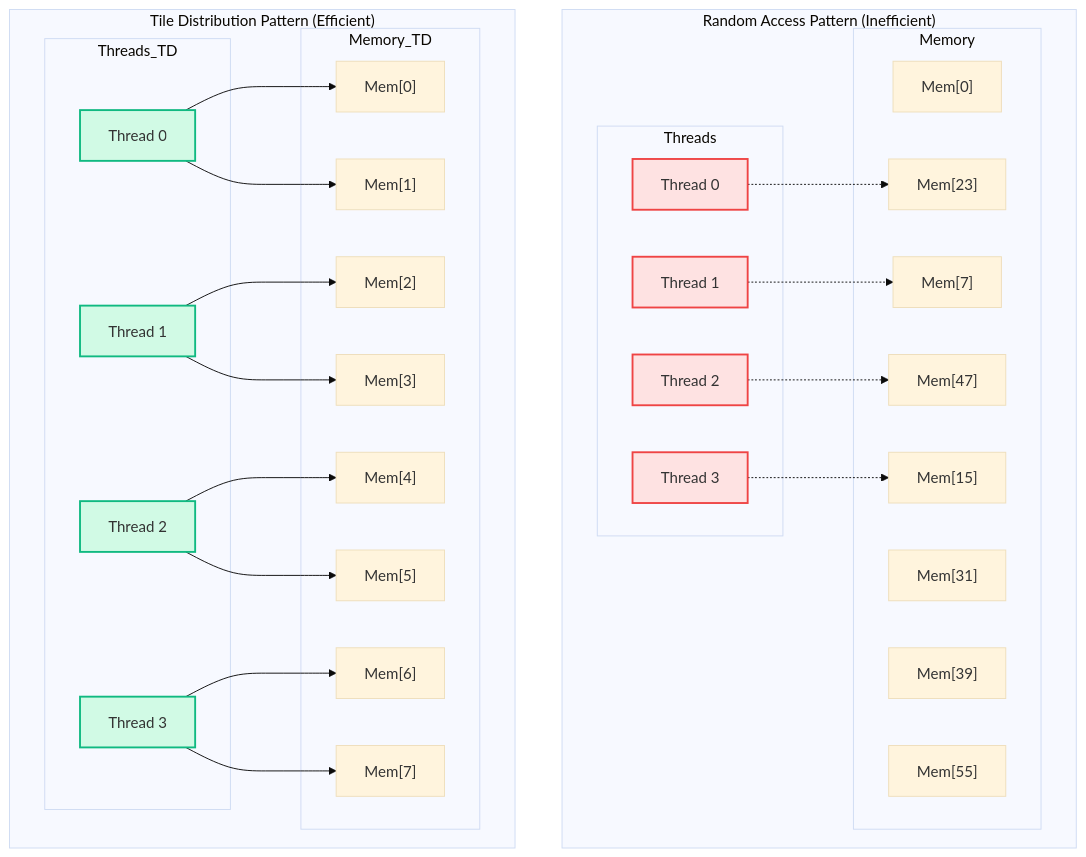
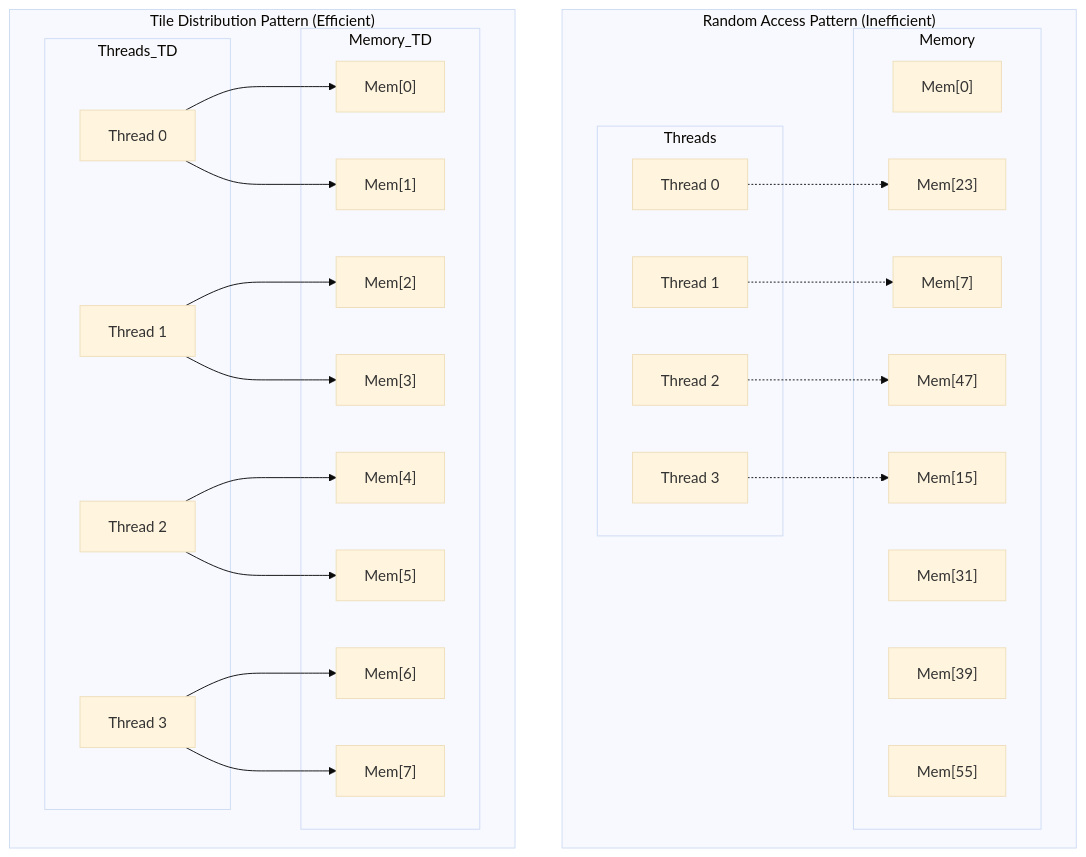
One commit to ROCm/composable_kernel changed the first of 2 diagrams in docs/conceptual/ck_tile/introduction_motivation.rst. Above: the diagram before and after it, drawn with Mermaid (base theme). The commit also changed other lines of this file and 21 other files, not shown here.

```diff
--- a/docs/conceptual/ck_tile/introduction_motivation.rst
+++ b/docs/conceptual/ck_tile/introduction_motivation.rst
@@ -23,66 +20,56 @@
-   .. mermaid::
-   
-      graph TB
-      subgraph "Random Access Pattern (Inefficient)"
-          subgraph "Threads"
-              T0_R["Thread 0"]
-              T1_R["Thread 1"] 
-              T2_R["Thread 2"]
-              T3_R["Thread 3"]
-          end
+.. mermaid::
 
-          subgraph "Memory"
-              M0["Mem[0]"]
-              M7["Mem[7]"]
-              M15["Mem[15]"]
-              M23["Mem[23]"]
-              M31["Mem[31]"]
-              M39["Mem[39]"]
-              M47["Mem[47]"]
-              M55["Mem[55]"]
-          end
+   graph TB
+   subgraph "Random Access Pattern (Inefficient)"
+       subgraph "Threads"
+           T0_R["Thread 0"]
+           T1_R["Thread 1"]
+           T2_R["Thread 2"]
+           T3_R["Thread 3"]
+       end
 
-          T0_R -.-> M23
-          T1_R -.-> M7
-          T2_R -.-> M47
-          T3_R -.-> M15
-      end
+       subgraph "Memory"
+           M0["Mem[0]"]
+           M7["Mem[7]"]
+           M15["Mem[15]"]
+           M23["Mem[23]"]
+           M31["Mem[31]"]
+           M39["Mem[39]"]
+           M47["Mem[47]"]
+           M55["Mem[55]"]
+       end
 
-      subgraph "Tile Distribution Pattern (Efficient)"
-          subgraph "Threads_TD"
-              T0_TD["Thread 0"]
-              T1_TD["Thread 1"]
-              T2_TD["Thread 2"]
-              T3_TD["Thread 3"]
-          end
+       T0_R -.-> M23
+       T1_R -.-> M7
+       T2_R -.-> M47
+       T3_R -.-> M15
+   end
 
-          subgraph "Memory_TD"
-              M0_TD["Mem[0]"]
-              M1_TD["Mem[1]"]
-              M2_TD["Mem[2]"]
-              M3_TD["Mem[3]"]
-              M4_TD["Mem[4]"]
-              M5_TD["Mem[5]"]
-              M6_TD["Mem[6]"]
-              M7_TD["Mem[7]"]
-          end
+   subgraph "Tile Distribution Pattern (Efficient)"
+       subgraph "Threads_TD"
+           T0_TD["Thread 0"]
+           T1_TD["Thread 1"]
+           T2_TD["Thread 2"]
+           T3_TD["Thread 3"]
+       end
 
-          T0_TD --> M0_TD
-          T0_TD --> M1_TD
-          T1_TD --> M2_TD
-          T1_TD --> M3_TD
-          T2_TD --> M4_TD
-          T2_TD --> M5_TD
-          T3_TD --> M6_TD
-          T3_TD --> M7_TD
-      end
+       subgraph "Memory_TD"
+           M0_TD["Mem[0]"]
+           M1_TD["Mem[1]"]
+           M2_TD["Mem[2]"]
+           M3_TD["Mem[3]"]
+           M4_TD["Mem[4]"]
+           M5_TD["Mem[5]"]
+           M6_TD["Mem[6]"]
+           M7_TD["Mem[7]"]
+       end
 
-      style T0_R fill:#fee2e2,stroke:#ef4444,stroke-width:2px
-      style T1_R fill:#fee2e2,stroke:#ef4444,stroke-width:2px
-      style T2_R fill:#fee2e2,stroke:#ef4444,stroke-width:2px
-      style T3_R fill:#fee2e2,stroke:#ef4444,stroke-width:2px
-
-      style T0_TD fill:#d1fae5,stroke:#10b981,stroke-width:2px
-      style T1_TD fill:#d1fae5,stroke:#10b981,stroke-width:2px
-      style T2_TD fill:#d1fae5,stroke:#10b981,stroke-width:2px
-      style T3_TD fill:#d1fae5,stroke:#10b981,stroke-width:2px
+       T0_TD --> M0_TD
+       T0_TD --> M1_TD
+       T1_TD --> M2_TD
+       T1_TD --> M3_TD
+       T2_TD --> M4_TD
+       T2_TD --> M5_TD
+       T3_TD --> M6_TD
+       T3_TD --> M7_TD
+   end
```
